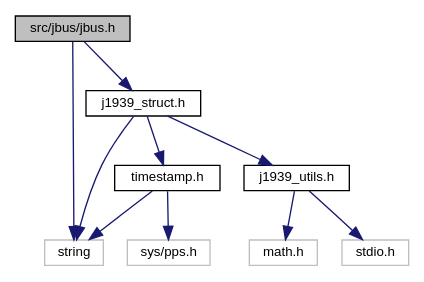
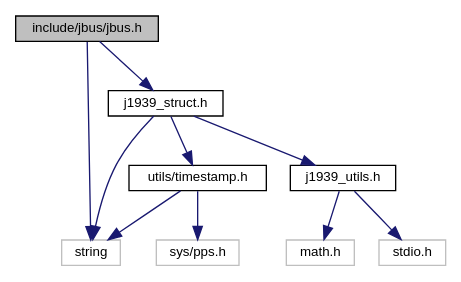
Before and after one commit to AboudyKreidieh/truck-code: the diagram in docs/jbus_8h__incl.dot, drawn with Graphviz. The commit also changed 582 other files, not shown here.

```diff
--- a/docs/jbus_8h__incl.dot
+++ b/docs/jbus_8h__incl.dot
@@ -1,22 +1,22 @@
-digraph "src/jbus/jbus.h"
+digraph "include/jbus/jbus.h"
 {
   edge [fontname="Helvetica",fontsize="10",labelfontname="Helvetica",labelfontsize="10"];
   node [fontname="Helvetica",fontsize="10",shape=record];
-  Node0 [label="src/jbus/jbus.h",height=0.2,width=0.4,color="black", fillcolor="grey75", style="filled", fontcolor="black"];
+  Node0 [label="include/jbus/jbus.h",height=0.2,width=0.4,color="black", fillcolor="grey75", style="filled", fontcolor="black"];
   Node0 -> Node1 [color="midnightblue",fontsize="10",style="solid",fontname="Helvetica"];
   Node1 [label="j1939_struct.h",height=0.2,width=0.4,color="black", fillcolor="white", style="filled",URL="$j1939__struct_8h.html"];
   Node1 -> Node2 [color="midnightblue",fontsize="10",style="solid",fontname="Helvetica"];
   Node2 [label="string",height=0.2,width=0.4,color="grey75", fillcolor="white", style="filled"];
   Node1 -> Node3 [color="midnightblue",fontsize="10",style="solid",fontname="Helvetica"];
   Node3 [label="j1939_utils.h",height=0.2,width=0.4,color="black", fillcolor="white", style="filled",URL="$j1939__utils_8h.html"];
   Node3 -> Node4 [color="midnightblue",fontsize="10",style="solid",fontname="Helvetica"];
   Node4 [label="math.h",height=0.2,width=0.4,color="grey75", fillcolor="white", style="filled"];
   Node3 -> Node5 [color="midnightblue",fontsize="10",style="solid",fontname="Helvetica"];
   Node5 [label="stdio.h",height=0.2,width=0.4,color="grey75", fillcolor="white", style="filled"];
   Node1 -> Node6 [color="midnightblue",fontsize="10",style="solid",fontname="Helvetica"];
-  Node6 [label="timestamp.h",height=0.2,width=0.4,color="black", fillcolor="white", style="filled",URL="$timestamp_8h.html"];
+  Node6 [label="utils/timestamp.h",height=0.2,width=0.4,color="black", fillcolor="white", style="filled",URL="$timestamp_8h.html"];
   Node6 -> Node2 [color="midnightblue",fontsize="10",style="solid",fontname="Helvetica"];
   Node6 -> Node7 [color="midnightblue",fontsize="10",style="solid",fontname="Helvetica"];
   Node7 [label="sys/pps.h",height=0.2,width=0.4,color="grey75", fillcolor="white", style="filled"];
   Node0 -> Node2 [color="midnightblue",fontsize="10",style="solid",fontname="Helvetica"];
 }
```
